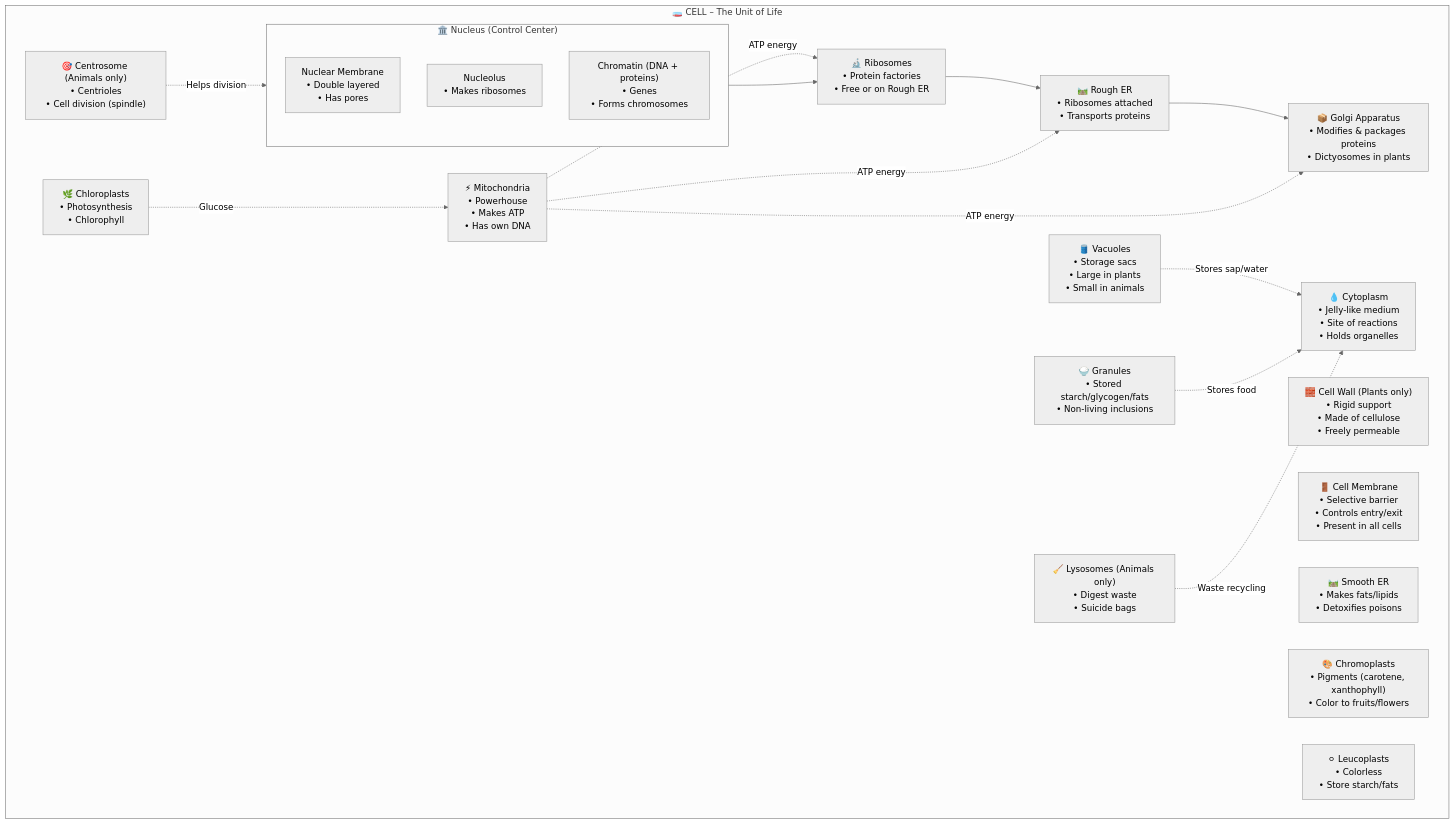
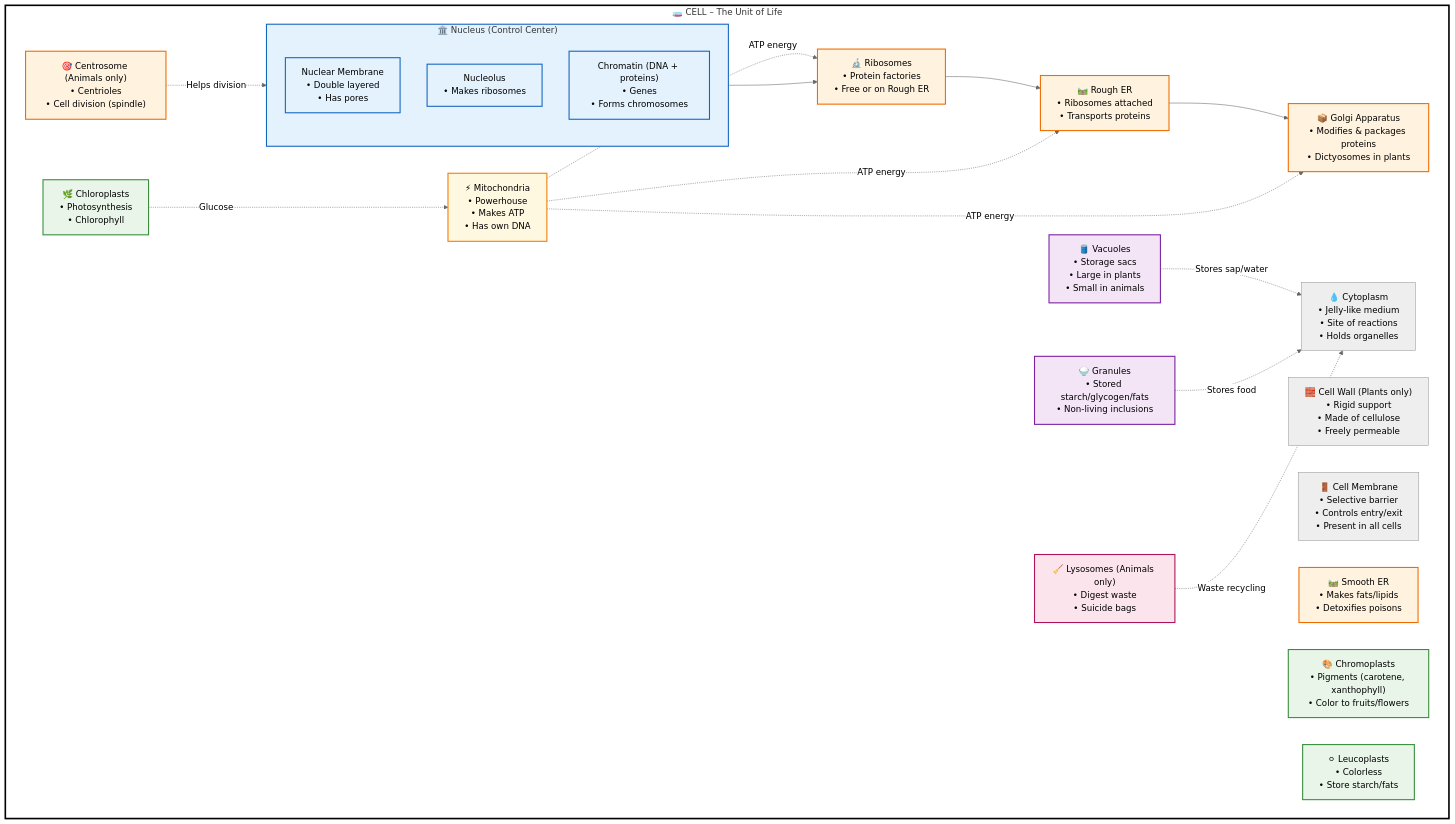
One commit to naveengarla/icse-9th-biology changed the first of 2 diagrams in 02-cell-the-unit-of-life/02.08.2_Cytoplasm.md. Above: the diagram before and after it, drawn with Mermaid (neutral theme).

````diff
--- a/02-cell-the-unit-of-life/02.08.2_Cytoplasm.md
+++ b/02-cell-the-unit-of-life/02.08.2_Cytoplasm.md
@@ -7,53 +7,71 @@
 ```mermaid
 flowchart TB
     subgraph CELL["🧫 CELL – The Unit of Life"]
-
       %% Boundaries
       WALL["🧱 Cell Wall (Plants only)<br/>• Rigid support<br/>• Made of cellulose<br/>• Freely permeable"]
       MEMB["🚪 Cell Membrane<br/>• Selective barrier<br/>• Controls entry/exit<br/>• Present in all cells"] 
 
       %% Cytoplasm
       CYTO["💧 Cytoplasm<br/>• Jelly-like medium<br/>• Site of reactions<br/>• Holds organelles"]
 
       %% Nucleus
       subgraph NUC["🏛️ Nucleus (Control Center)"]
         NUCMEM["Nuclear Membrane<br/>• Double layered<br/>• Has pores"]
         NUCLEOL["Nucleolus<br/>• Makes ribosomes"]
         CHROM["Chromatin (DNA + proteins)<br/>• Genes<br/>• Forms chromosomes"]
       end
 
       %% Core organelles
       RIBO["🔬 Ribosomes<br/>• Protein factories<br/>• Free or on Rough ER"]
       RER["🛤️ Rough ER<br/>• Ribosomes attached<br/>• Transports proteins"]
       SER["🛤️ Smooth ER<br/>• Makes fats/lipids<br/>• Detoxifies poisons"]
       GOLGI["📦 Golgi Apparatus<br/>• Modifies & packages proteins<br/>• Dictyosomes in plants"]
       MITO["⚡ Mitochondria<br/>• Powerhouse<br/>• Makes ATP<br/>• Has own DNA"]
       LYSO["🧹 Lysosomes (Animals only)<br/>• Digest waste<br/>• Suicide bags"]
       CENTRO["🎯 Centrosome (Animals only)<br/>• Centrioles<br/>• Cell division (spindle)"]
 
       %% Plant-only
       CHLORO["🌿 Chloroplasts<br/>• Photosynthesis<br/>• Chlorophyll"]
       CHROMOP["🎨 Chromoplasts<br/>• Pigments (carotene, xanthophyll)<br/>• Color to fruits/flowers"]
       LEUCO["⚪ Leucoplasts<br/>• Colorless<br/>• Store starch/fats"]
 
       %% Storage
       VACU["🛢️ Vacuoles<br/>• Storage sacs<br/>• Large in plants<br/>• Small in animals"]
       GRAN["🍚 Granules<br/>• Stored starch/glycogen/fats<br/>• Non-living inclusions"]
-
     end
 
     %% Logical relationships (minimal)
     NUC --> RIBO
     RIBO --> RER
     RER --> GOLGI
     MITO -.->|"ATP energy"| RIBO
     MITO -.->|"ATP energy"| RER
     MITO -.->|"ATP energy"| GOLGI
     CHLORO -.->|"Glucose"| MITO
     CENTRO -.->|"Helps division"| NUC
     VACU -.->|"Stores sap/water"| CYTO
     GRAN -.->|"Stores food"| CYTO
     LYSO -.->|"Waste recycling"| CYTO
 
+    %% Styling
+    classDef container fill:#ffffff,stroke:#000,stroke-width:3px
+    classDef nucleus fill:#e3f2fd,stroke:#1565c0,stroke-width:2px
+    classDef organelle fill:#fff3e0,stroke:#ef6c00,stroke-width:2px
+    classDef plant fill:#e8f5e8,stroke:#388e3c,stroke-width:2px
+    classDef storage fill:#f3e5f5,stroke:#7b1fa2,stroke-width:2px
+    classDef energy fill:#fff8e1,stroke:#f57c00,stroke-width:2px
+    classDef cleanup fill:#fce4ec,stroke:#ad1457,stroke-width:2px
+
+    class CELL container
+    class NUC,NUCMEM,NUCLEOL,CHROM nucleus
+    class RIBO,RER,SER,GOLGI organelle
+    class MITO energy
+    class LYSO cleanup
+    class CENTRO organelle
+    class CHLORO,CHROMOP,LEUCO plant
+    class VACU,GRAN storage
+    class WALL,MEMB boundary
+
+
 
 ```
````
